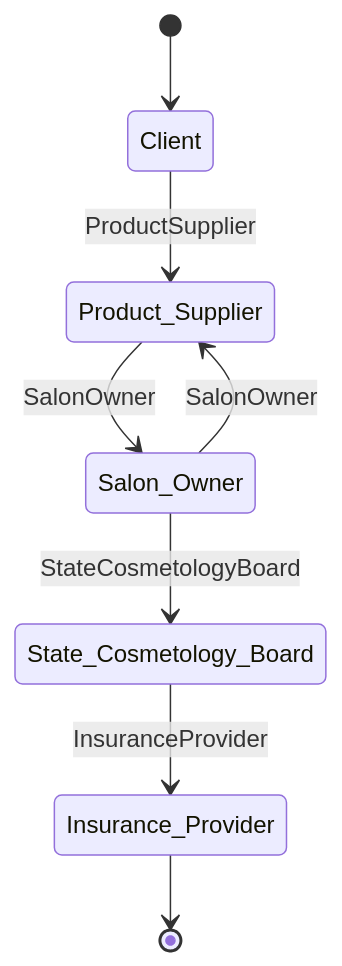
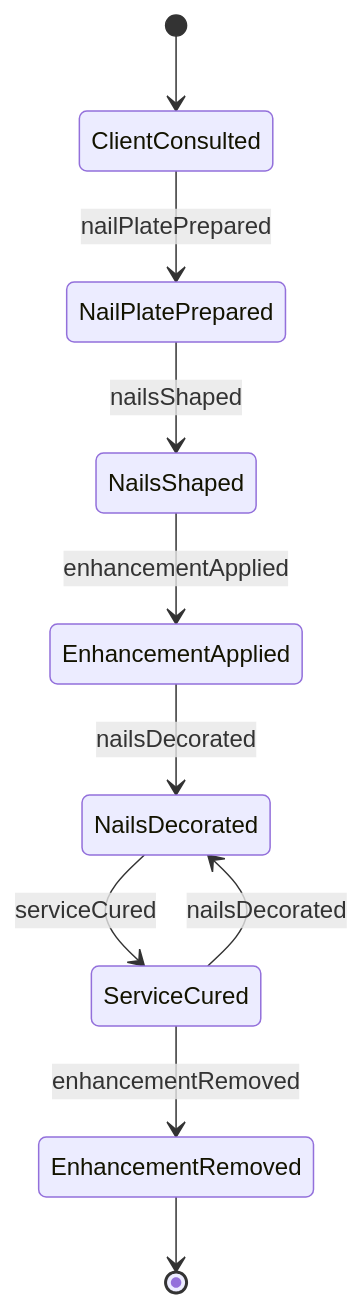
Before and after one commit to dot-org-ai/tasks.org.ai: the second of 4 diagrams in HandlingAndMovingObjects/ApplyHygienicOrCosmeticAgentsToSkinOrHair/TreatNailsShapingDecoratingAugmenting.mdx, drawn with Mermaid. The commit also changed other lines of this file and 40 other files, not shown here.

First line of the commit message:
fix: Replace Actor-based ER and State diagrams with Entity/Event-based diagrams in 41 HandlingAndMovingObjects DWA files

````diff
--- a/HandlingAndMovingObjects/ApplyHygienicOrCosmeticAgentsToSkinOrHair/TreatNailsShapingDecoratingAugmenting.mdx
+++ b/HandlingAndMovingObjects/ApplyHygienicOrCosmeticAgentsToSkinOrHair/TreatNailsShapingDecoratingAugmenting.mdx
@@ -101,10 +100,12 @@
 ```mermaid
 stateDiagram-v2
-    [*] --> Client
-    Client --> Product_Supplier: ProductSupplier
-    Product_Supplier --> Salon_Owner: SalonOwner
-    Salon_Owner --> State_Cosmetology_Board: StateCosmetologyBoard
-    State_Cosmetology_Board --> Insurance_Provider: InsuranceProvider
-    Salon_Owner --> Product_Supplier: SalonOwner
-    Insurance_Provider --> [*]
+    [*] --> ClientConsulted
+    ClientConsulted --> NailPlatePrepared : nailPlatePrepared
+    NailPlatePrepared --> NailsShaped : nailsShaped
+    NailsShaped --> EnhancementApplied : enhancementApplied
+    EnhancementApplied --> NailsDecorated : nailsDecorated
+    NailsDecorated --> ServiceCured : serviceCured
+    ServiceCured --> NailsDecorated : nailsDecorated
+    ServiceCured --> EnhancementRemoved : enhancementRemoved
+    EnhancementRemoved --> [*]
 ```
````
